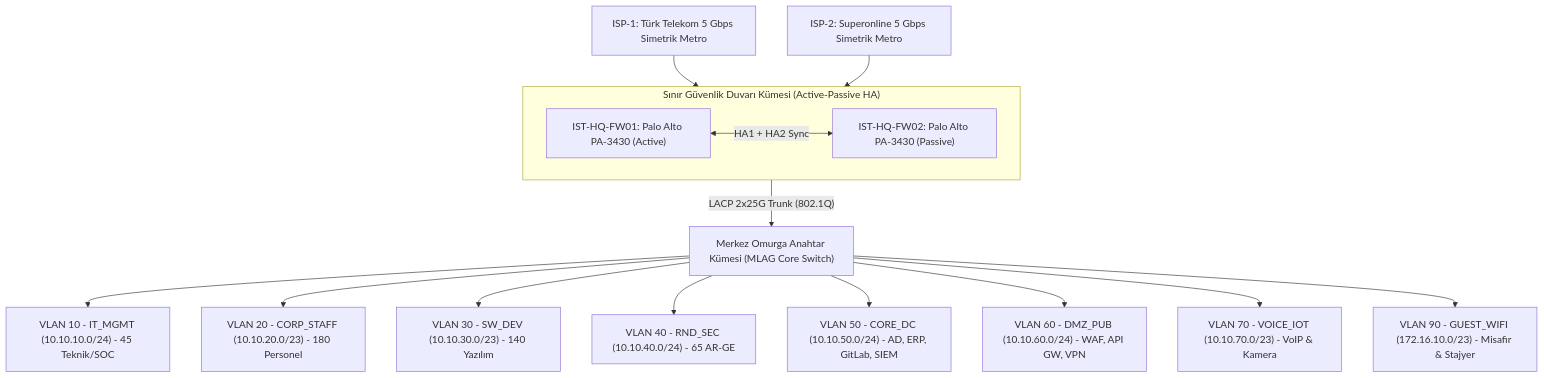
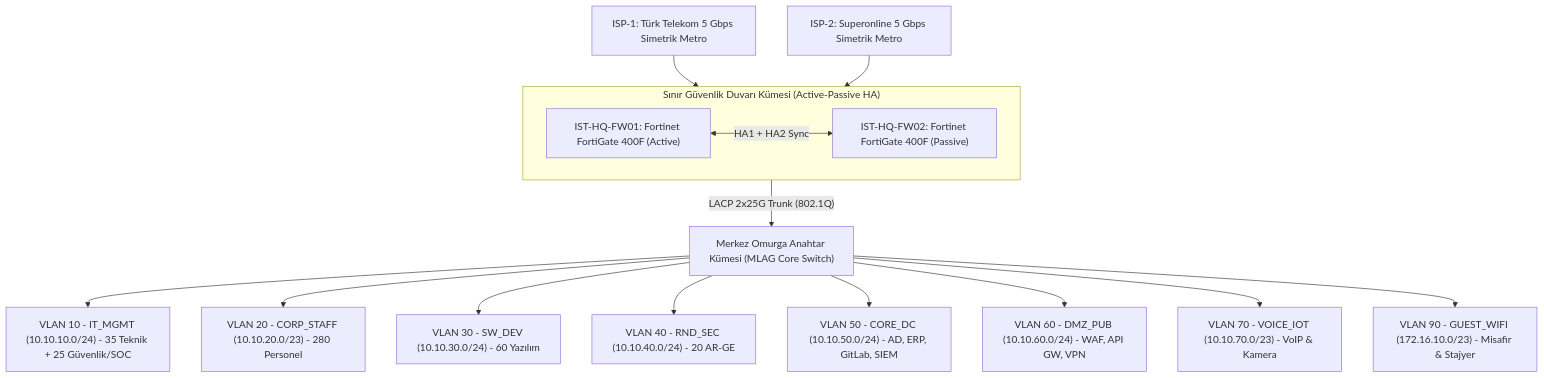
The diagram in 02-istanbul-ofisi/README.md (kkaanozturk/firewall-dev), drawn with Mermaid before and after one commit. The commit also changed other lines of this file and 4 other files, not shown here.

````diff
--- a/02-istanbul-ofisi/README.md
+++ b/02-istanbul-ofisi/README.md
@@ -29,22 +28,22 @@
 ```mermaid
 flowchart TB
     ISP1["ISP-1: Türk Telekom 5 Gbps Simetrik Metro"] --> FW_HA
     ISP2["ISP-2: Superonline 5 Gbps Simetrik Metro"] --> FW_HA
 
     subgraph FW_HA["Sınır Güvenlik Duvarı Kümesi (Active-Passive HA)"]
-        PA1["IST-HQ-FW01: Palo Alto PA-3430 (Active)"]
-        PA2["IST-HQ-FW02: Palo Alto PA-3430 (Passive)"]
-        PA1 <-->|"HA1 + HA2 Sync"| PA2
+        FG1["IST-HQ-FW01: Fortinet FortiGate 400F (Active)"]
+        FG2["IST-HQ-FW02: Fortinet FortiGate 400F (Passive)"]
+        FG1 <-->|"HA1 + HA2 Sync"| FG2
     end
 
     FW_HA -->|"LACP 2x25G Trunk (802.1Q)"| CORE["Merkez Omurga Anahtar Kümesi (MLAG Core Switch)"]
 
-    CORE --> V10["VLAN 10 - IT_MGMT (10.10.10.0/24) - 45 Teknik/SOC"]
-    CORE --> V20["VLAN 20 - CORP_STAFF (10.10.20.0/23) - 180 Personel"]
-    CORE --> V30["VLAN 30 - SW_DEV (10.10.30.0/23) - 140 Yazılım"]
-    CORE --> V40["VLAN 40 - RND_SEC (10.10.40.0/24) - 65 AR-GE"]
+    CORE --> V10["VLAN 10 - IT_MGMT (10.10.10.0/24) - 35 Teknik + 25 Güvenlik/SOC"]
+    CORE --> V20["VLAN 20 - CORP_STAFF (10.10.20.0/23) - 280 Personel"]
+    CORE --> V30["VLAN 30 - SW_DEV (10.10.30.0/24) - 60 Yazılım"]
+    CORE --> V40["VLAN 40 - RND_SEC (10.10.40.0/24) - 20 AR-GE"]
     CORE --> V50["VLAN 50 - CORE_DC (10.10.50.0/24) - AD, ERP, GitLab, SIEM"]
     CORE --> V60["VLAN 60 - DMZ_PUB (10.10.60.0/24) - WAF, API GW, VPN"]
     CORE --> V70["VLAN 70 - VOICE_IOT (10.10.70.0/23) - VoIP & Kamera"]
     CORE --> V90["VLAN 90 - GUEST_WIFI (172.16.10.0/23) - Misafir & Stajyer"]
 ```
````
